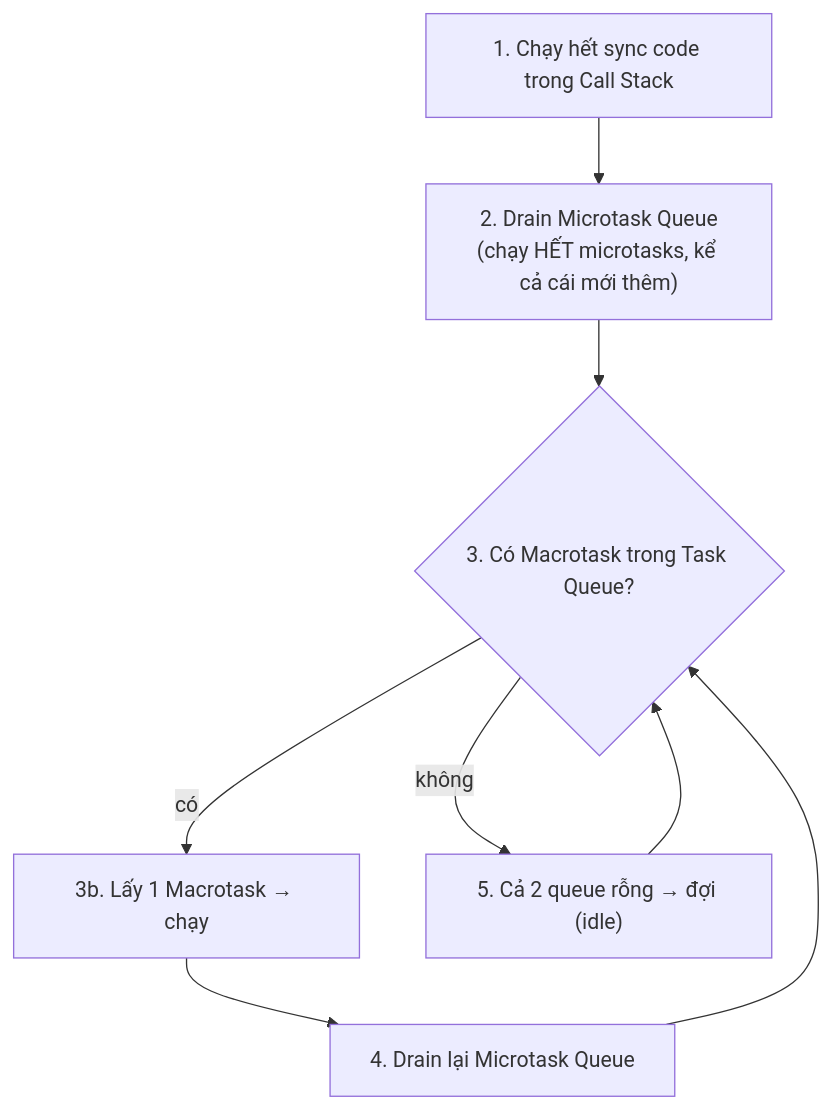
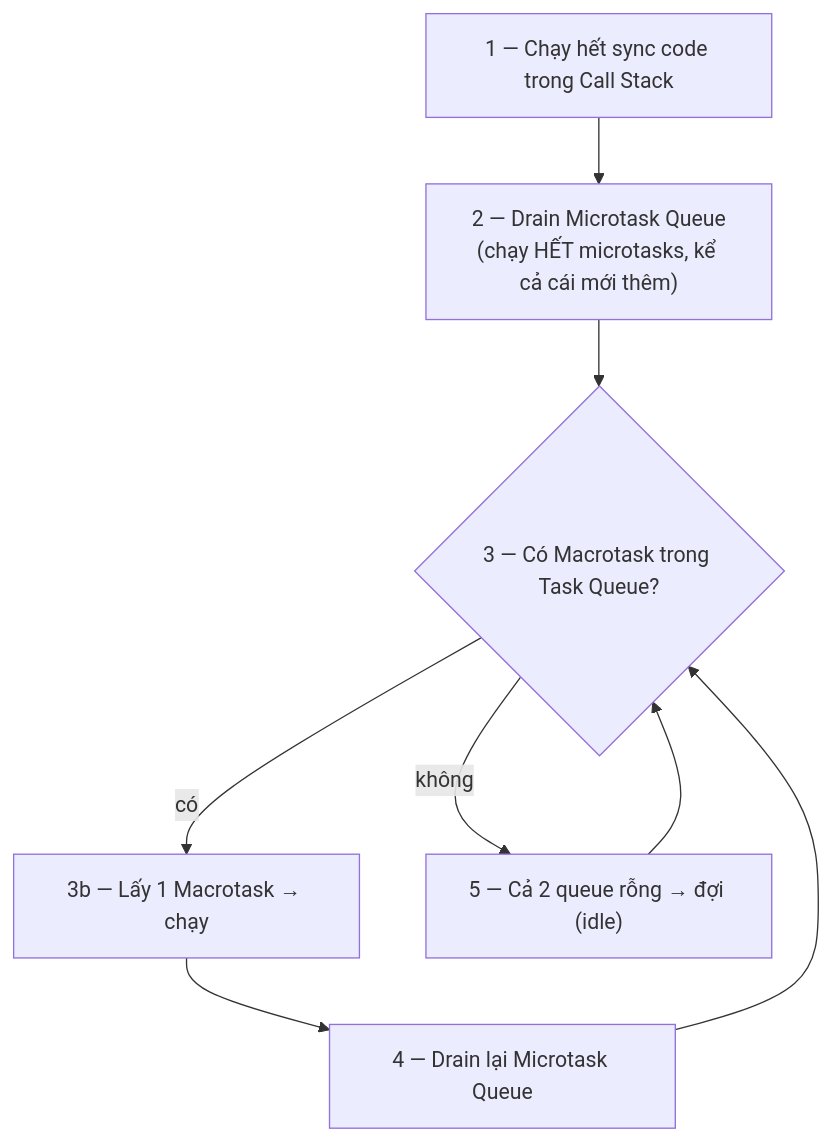
Before and after one commit to phanminhtai1029/obsidian-knowledge-base: the first of 3 diagrams in 01-Frontend/04-Async-JavaScript/02-Event-Loop.md, drawn with Mermaid. The commit also changed 5 other files, not shown here.

First line of the commit message:
Fix sơ đồ Mermaid: bỏ nhãn dạng "số." gây lỗi "Unsupported markdown: list" trên Obsidian

````diff
--- a/01-Frontend/04-Async-JavaScript/02-Event-Loop.md
+++ b/01-Frontend/04-Async-JavaScript/02-Event-Loop.md
@@ -35,12 +35,12 @@
 ```mermaid
 flowchart TD
-    S["1. Chạy hết sync code trong Call Stack"]
-    M["2. Drain Microtask Queue<br/>(chạy HẾT microtasks, kể cả cái mới thêm)"]
-    T{"3. Có Macrotask trong Task Queue?"}
-    R["3b. Lấy 1 Macrotask → chạy"]
-    M2["4. Drain lại Microtask Queue"]
-    I["5. Cả 2 queue rỗng → đợi (idle)"]
+    S["1 — Chạy hết sync code trong Call Stack"]
+    M["2 — Drain Microtask Queue<br/>(chạy HẾT microtasks, kể cả cái mới thêm)"]
+    T{"3 — Có Macrotask trong Task Queue?"}
+    R["3b — Lấy 1 Macrotask → chạy"]
+    M2["4 — Drain lại Microtask Queue"]
+    I["5 — Cả 2 queue rỗng → đợi (idle)"]
     S --> M --> T
     T -->|có| R --> M2 --> T
     T -->|không| I --> T
 ```
````
